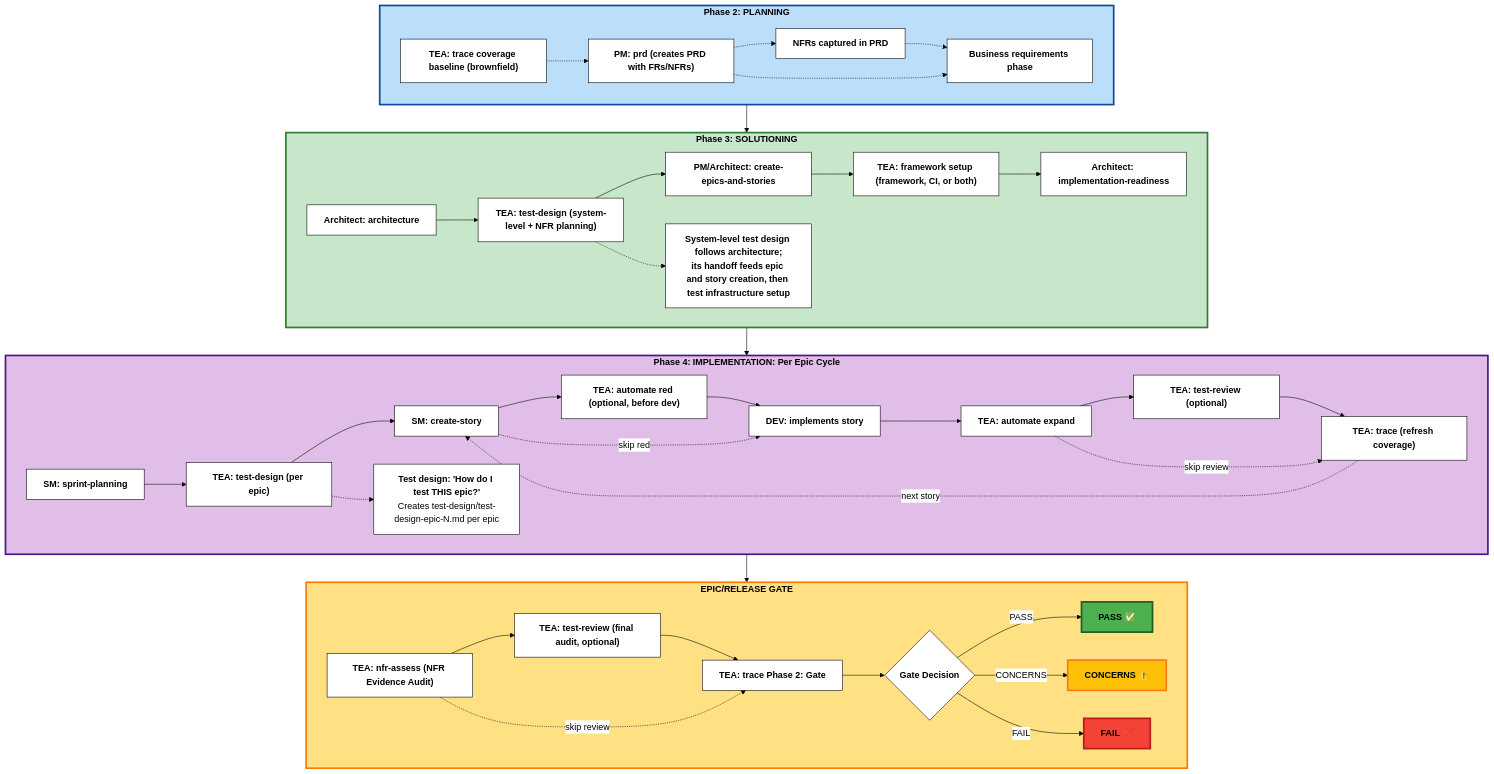
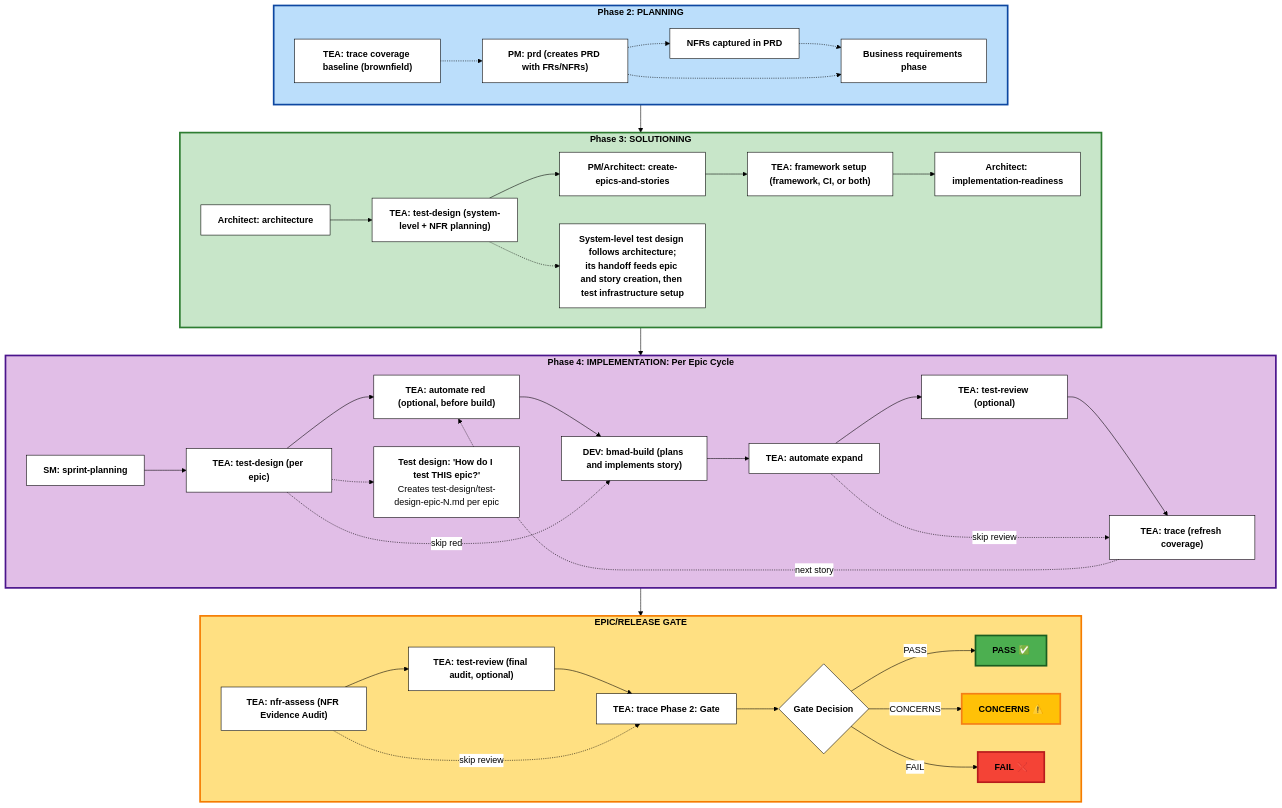
Before and after one commit to bmad-code-org/bmad-method-test-architecture-enterprise: the diagram in docs/explanation/tea-overview.md, drawn with Mermaid. The commit also changed 12 other files, not shown here.

First line of the commit message:
fix(automate): hand red mode off to bmad-build

````diff
--- a/docs/explanation/tea-overview.md
+++ b/docs/explanation/tea-overview.md
@@ -75,79 +75,77 @@
 ```mermaid
 %%{init: {'theme':'base', 'themeVariables': { 'primaryColor':'#fff','primaryTextColor':'#000','primaryBorderColor':'#000','lineColor':'#000','secondaryColor':'#fff','tertiaryColor':'#fff','fontSize':'16px','fontFamily':'arial'}}}%%
 graph TB
     subgraph Phase2["<b>Phase 2: PLANNING</b>"]
         TraceBaseline["<b>TEA: trace coverage baseline (brownfield)</b>"]
         PM["<b>PM: prd (creates PRD with FRs/NFRs)</b>"]
         TraceBaseline -.-> PM
         PlanNote["<b>Business requirements phase</b>"]
         PrdNfr["<b>NFRs captured in PRD</b>"]
         PM -.-> PrdNfr
         PrdNfr -.-> PlanNote
         PM -.-> PlanNote
     end
 
     subgraph Phase3["<b>Phase 3: SOLUTIONING</b>"]
         Architecture["<b>Architect: architecture</b>"]
         EpicsStories["<b>PM/Architect: create-epics-and-stories</b>"]
         TestDesignSys["<b>TEA: test-design (system-level + NFR planning)</b>"]
         Framework["<b>TEA: framework setup (framework, CI, or both)</b>"]
         GateCheck["<b>Architect: implementation-readiness</b>"]
         Architecture --> TestDesignSys
         TestDesignSys --> EpicsStories
         EpicsStories --> Framework
         Framework --> GateCheck
         Phase3Note["<b>System-level test design follows architecture;</b><br/><b>its handoff feeds epic and story creation, then test infrastructure setup</b>"]
         TestDesignSys -.-> Phase3Note
     end
 
     subgraph Phase4["<b>Phase 4: IMPLEMENTATION: Per Epic Cycle</b>"]
         SprintPlan["<b>SM: sprint-planning</b>"]
         TestDesign["<b>TEA: test-design (per epic)</b>"]
-        CreateStory["<b>SM: create-story</b>"]
-        ATDD["<b>TEA: automate red (optional, before dev)</b>"]
-        DevImpl["<b>DEV: implements story</b>"]
+        ATDD["<b>TEA: automate red (optional, before build)</b>"]
+        Build["<b>DEV: bmad-build (plans and implements story)</b>"]
         Automate["<b>TEA: automate expand</b>"]
         TestReview1["<b>TEA: test-review (optional)</b>"]
         Trace1["<b>TEA: trace (refresh coverage)</b>"]
 
         SprintPlan --> TestDesign
-        TestDesign --> CreateStory
-        CreateStory --> ATDD
-        ATDD --> DevImpl
-        CreateStory -.->|skip red| DevImpl
-        DevImpl --> Automate
+        TestDesign --> ATDD
+        ATDD --> Build
+        TestDesign -.->|skip red| Build
+        Build --> Automate
         Automate --> TestReview1
         TestReview1 --> Trace1
         Automate -.->|skip review| Trace1
-        Trace1 -.->|next story| CreateStory
+        Trace1 -.->|next story| ATDD
         TestDesignNote["<b>Test design: 'How do I test THIS epic?'</b><br/>Creates test-design/test-design-epic-N.md per epic"]
         TestDesign -.-> TestDesignNote
     end
 
     subgraph Gate["<b>EPIC/RELEASE GATE</b>"]
         NFR["<b>TEA: nfr-assess (NFR Evidence Audit)</b>"]
         TestReview2["<b>TEA: test-review (final audit, optional)</b>"]
         TraceGate["<b>TEA: trace Phase 2: Gate</b>"]
         GateDecision{"<b>Gate Decision</b>"}
 
         NFR --> TestReview2
         TestReview2 --> TraceGate
         NFR -.->|skip review| TraceGate
         TraceGate --> GateDecision
         GateDecision -->|PASS| Pass["<b>PASS ✅</b>"]
         GateDecision -->|CONCERNS| Concerns["<b>CONCERNS ⚠️</b>"]
         GateDecision -->|FAIL| Fail["<b>FAIL ❌</b>"]
     end
 
     Phase2 --> Phase3
     Phase3 --> Phase4
     Phase4 --> Gate
 
     style Phase2 fill:#bbdefb,stroke:#0d47a1,stroke-width:3px,color:#000
     style Phase3 fill:#c8e6c9,stroke:#2e7d32,stroke-width:3px,color:#000
     style Phase4 fill:#e1bee7,stroke:#4a148c,stroke-width:3px,color:#000
     style Gate fill:#ffe082,stroke:#f57c00,stroke-width:3px,color:#000
     style Pass fill:#4caf50,stroke:#1b5e20,stroke-width:3px,color:#000
     style Concerns fill:#ffc107,stroke:#f57f17,stroke-width:3px,color:#000
     style Fail fill:#f44336,stroke:#b71c1c,stroke-width:3px,color:#000
 ```
````
